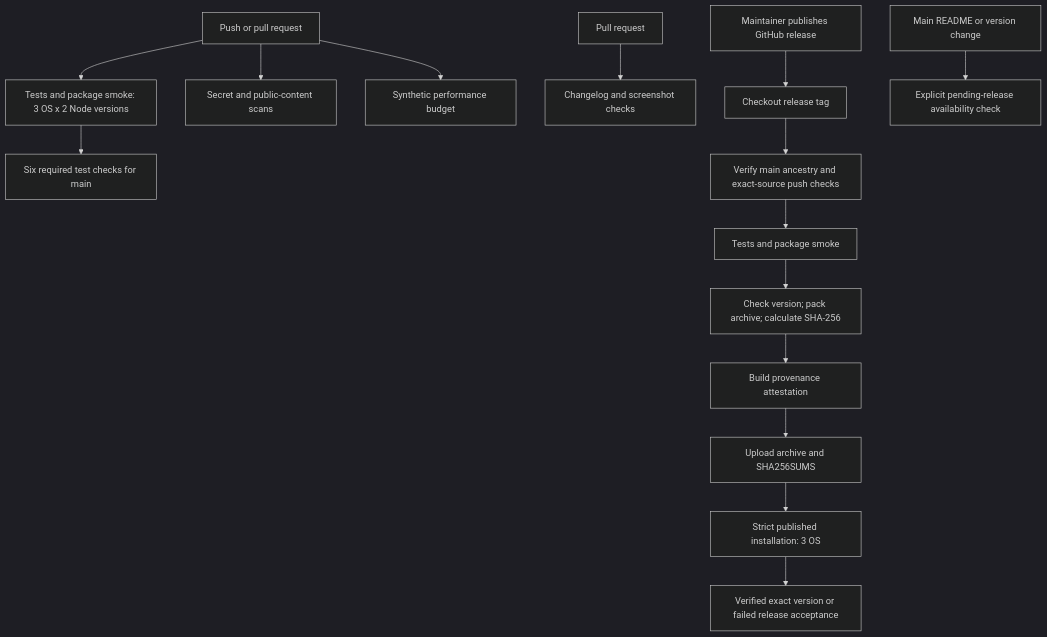
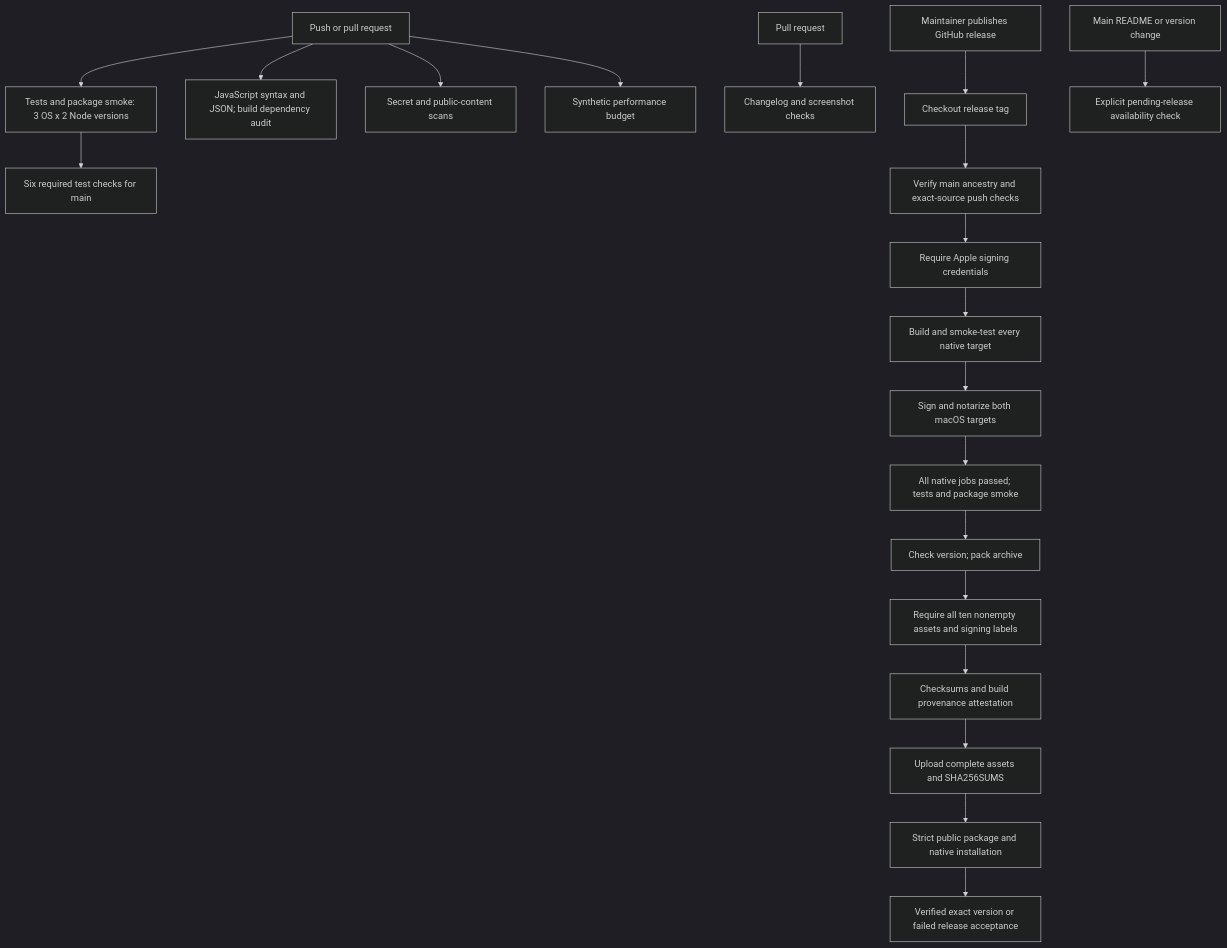
Before and after one commit to LockedinLabs-AI/agent-console: the fourth of 4 diagrams in docs/ARCHITECTURE.md, drawn with Mermaid (dark theme). The commit also changed other lines of this file and 5 other files, not shown here.

Commit message:
Make engineering evidence discoverable and check syntax in CI

````diff
--- a/docs/ARCHITECTURE.md
+++ b/docs/ARCHITECTURE.md
@@ -298,17 +298,22 @@
 ```mermaid
 flowchart TD
   Change[Push or pull request] --> Matrix[Tests and package smoke: 3 OS x 2 Node versions]
+  Change --> Syntax[JavaScript syntax and JSON; build dependency audit]
   Change --> Safety[Secret and public-content scans]
   Change --> Perf[Synthetic performance budget]
   PR[Pull request] --> Principles[Changelog and screenshot checks]
   Matrix --> Merge[Six required test checks for main]
   Publish[Maintainer publishes GitHub release] --> Tagged[Checkout release tag]
   Tagged --> Source[Verify main ancestry and exact-source push checks]
-  Source --> Test[Tests and package smoke]
-  Test --> Pack[Check version; pack archive; calculate SHA-256]
-  Pack --> Attest[Build provenance attestation]
-  Attest --> Upload[Upload archive and SHA256SUMS]
-  Upload --> Install[Strict published installation: 3 OS]
+  Source --> Signing[Require Apple signing credentials]
+  Signing --> Native[Build and smoke-test every native target]
+  Native --> Mac[Sign and notarize both macOS targets]
+  Mac --> Test[All native jobs passed; tests and package smoke]
+  Test --> Pack[Check version; pack archive]
+  Pack --> Complete[Require all ten nonempty assets and signing labels]
+  Complete --> Attest[Checksums and build provenance attestation]
+  Attest --> Upload[Upload complete assets and SHA256SUMS]
+  Upload --> Install[Strict public package and native installation]
   Install --> Result[Verified exact version or failed release acceptance]
   Development[Main README or version change] --> Availability[Explicit pending-release availability check]
 ```
````
